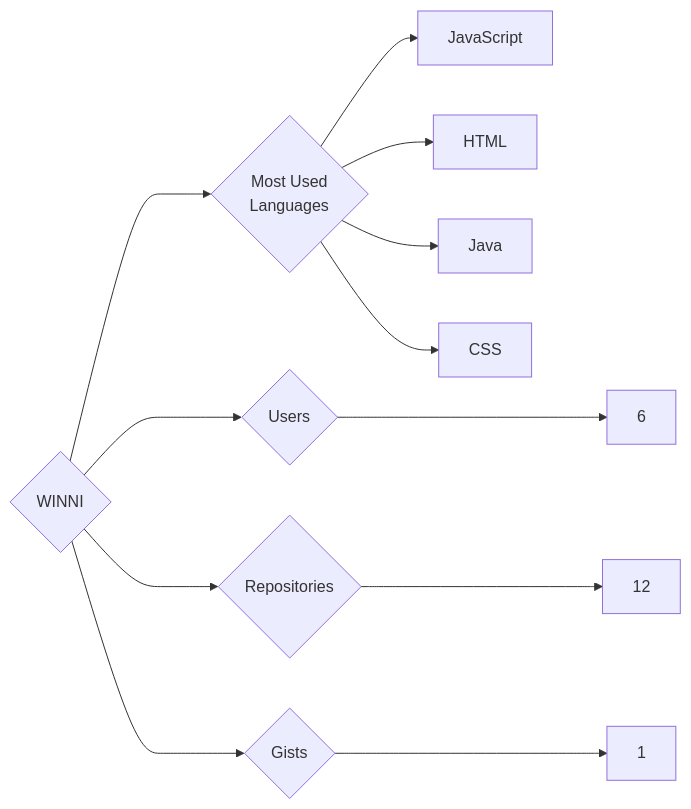
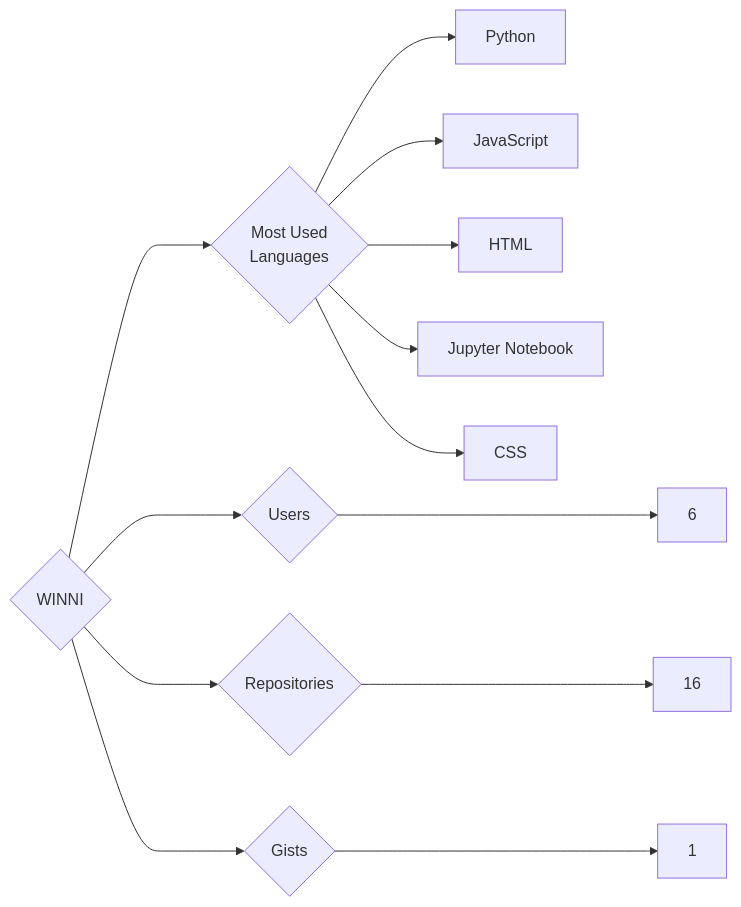
Before and after one commit to trickest/insiders: the diagram in targets/WINNI/README.md, drawn with Mermaid. The commit also changed 835 other files, not shown here.

````diff
--- a/targets/WINNI/README.md
+++ b/targets/WINNI/README.md
@@ -3,12 +3,13 @@
 ```mermaid
 graph LR
 COMPANY_NAME{WINNI}
 COMPANY_NAME ---> U{Users} ---> UN[6]
-COMPANY_NAME ---> R{Repositories} ---> RN[12]
+COMPANY_NAME ---> R{Repositories} ---> RN[16]
 COMPANY_NAME ---> G{Gists} ---> GN[1]
 COMPANY_NAME ---> ML{Most Used<br>Languages}
+ML --> Python[Python]
 ML --> JavaScript[JavaScript]
 ML --> HTML[HTML]
-ML --> Java[Java]
+ML --> Jupyter_Notebook[Jupyter Notebook]
 ML --> CSS[CSS]
 ```
````
